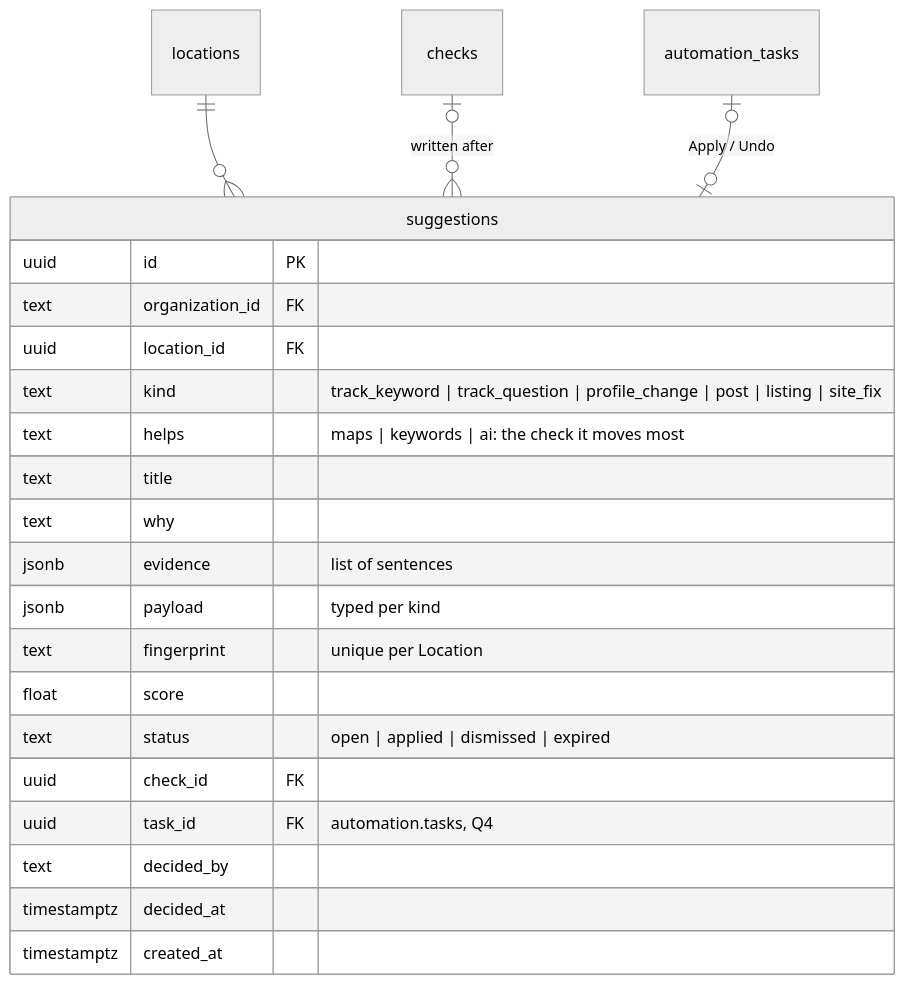
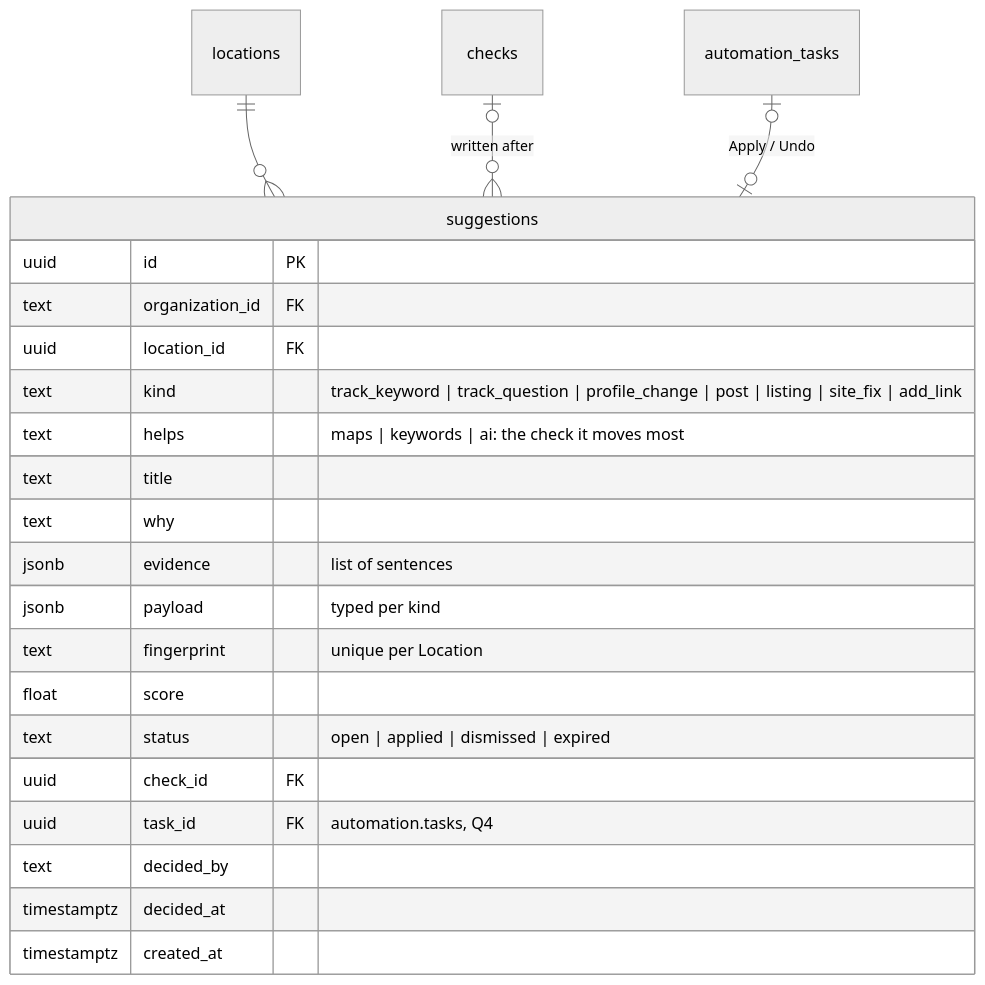
Before and after one commit to azizali/openmarko: the ninth of 10 diagrams in docs/features/seo/data-model.md, drawn with Mermaid (neutral theme). The commit also changed other lines of this file and 32 other files, not shown here.

````diff
--- a/docs/features/seo/data-model.md
+++ b/docs/features/seo/data-model.md
@@ -432,26 +462,26 @@
 ```mermaid
 erDiagram
     locations ||--o{ suggestions : ""
     checks |o--o{ suggestions : "written after"
     automation_tasks |o--o| suggestions : "Apply / Undo"
 
     suggestions {
         uuid id PK
         text organization_id FK
         uuid location_id FK
-        text kind "track_keyword | track_question | profile_change | post | listing | site_fix"
+        text kind "track_keyword | track_question | profile_change | post | listing | site_fix | add_link"
         text helps "maps | keywords | ai: the check it moves most"
         text title
         text why
         jsonb evidence "list of sentences"
         jsonb payload "typed per kind"
         text fingerprint "unique per Location"
         float score
         text status "open | applied | dismissed | expired"
         uuid check_id FK
         uuid task_id FK "automation.tasks, Q4"
         text decided_by
         timestamptz decided_at
         timestamptz created_at
     }
 ```
````
